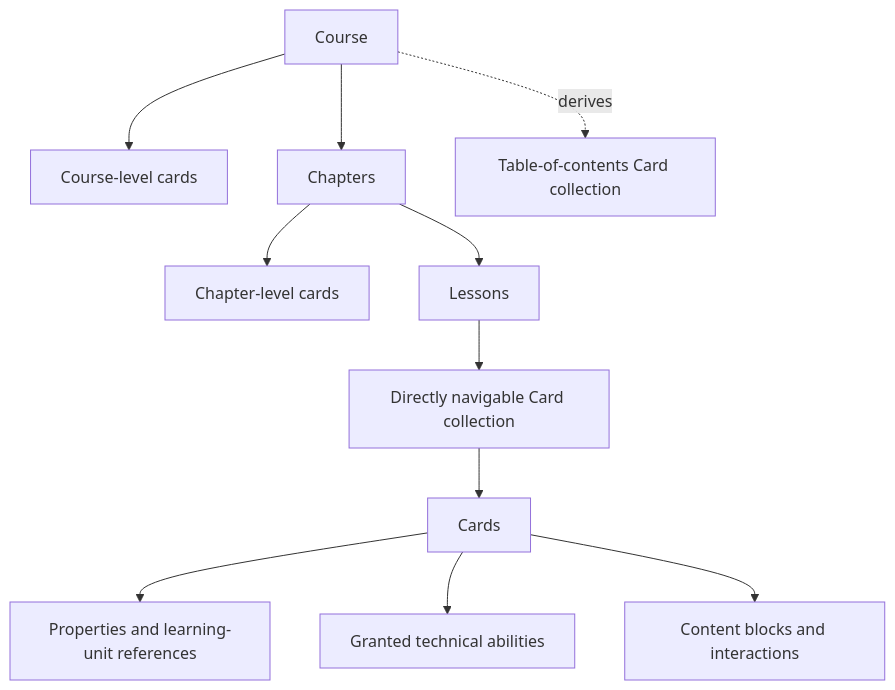
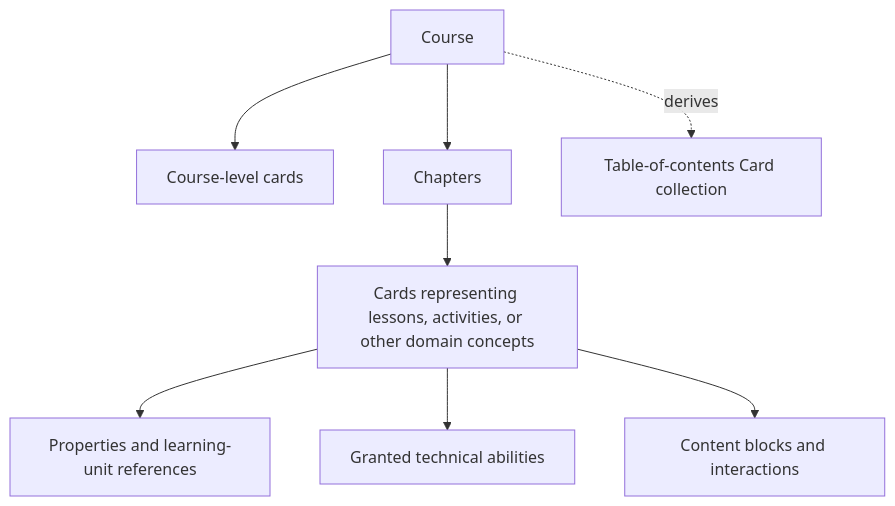
The first of 2 diagrams in doc/spec/platform_spec.md (The-ArtBrain/TutorBrains), drawn with Mermaid before and after one commit. The commit also changed other lines of this file and 15 other files, not shown here.

````diff
--- a/doc/spec/platform_spec.md
+++ b/doc/spec/platform_spec.md
@@ -275,13 +277,10 @@
 ```mermaid
 flowchart TD
     A["Course"] --> B["Course-level cards"]
     A --> C["Chapters"]
-    C --> D["Chapter-level cards"]
-    C --> E["Lessons"]
-    E --> F["Directly navigable Card collection"]
-    F --> G["Cards"]
-    G --> H["Properties and learning-unit references"]
-    G --> I["Granted technical abilities"]
-    G --> J["Content blocks and interactions"]
+    C --> D["Cards representing lessons, activities, or other domain concepts"]
+    D --> H["Properties and learning-unit references"]
+    D --> I["Granted technical abilities"]
+    D --> J["Content blocks and interactions"]
     A -. "derives" .-> K["Table-of-contents Card collection"]
 ```
````
